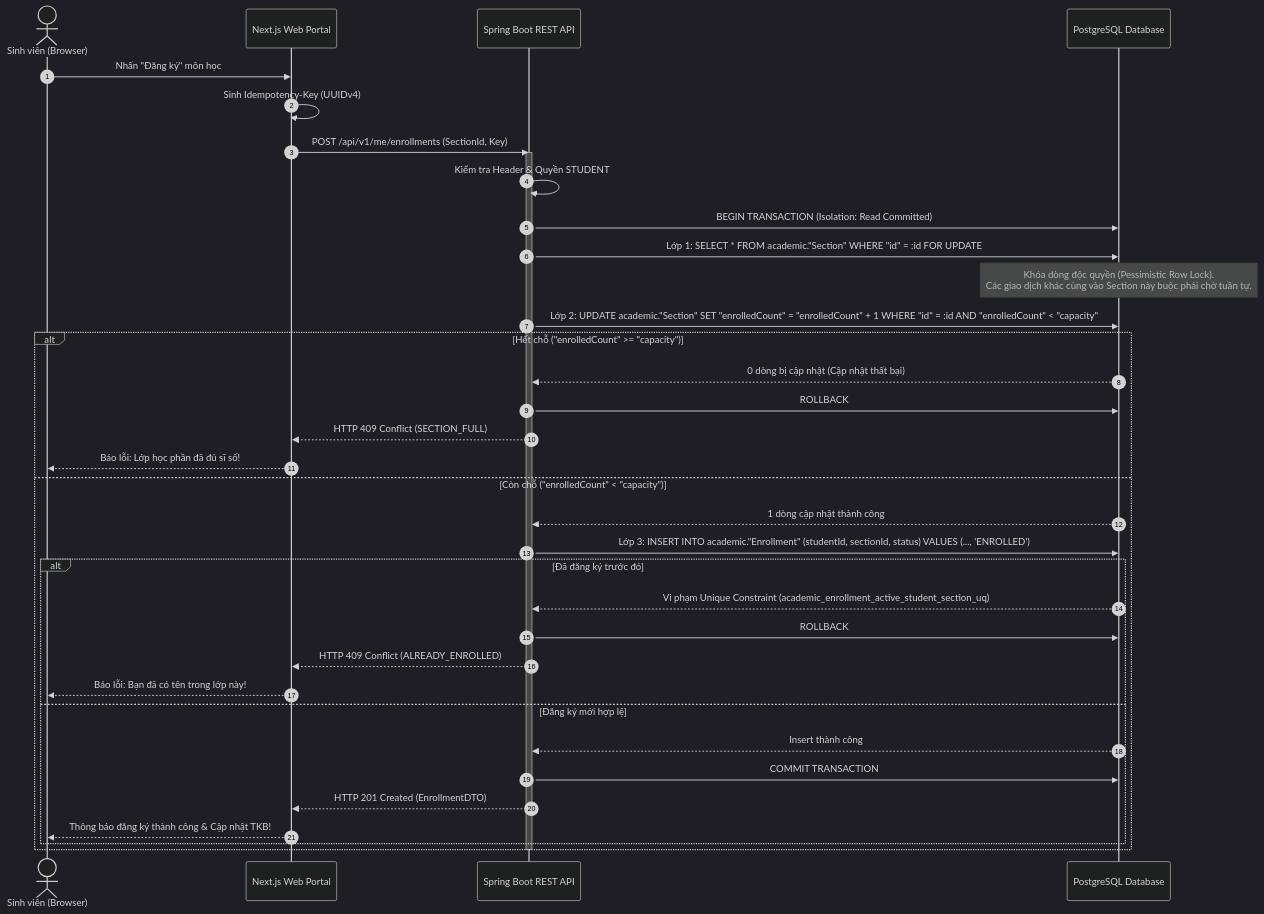
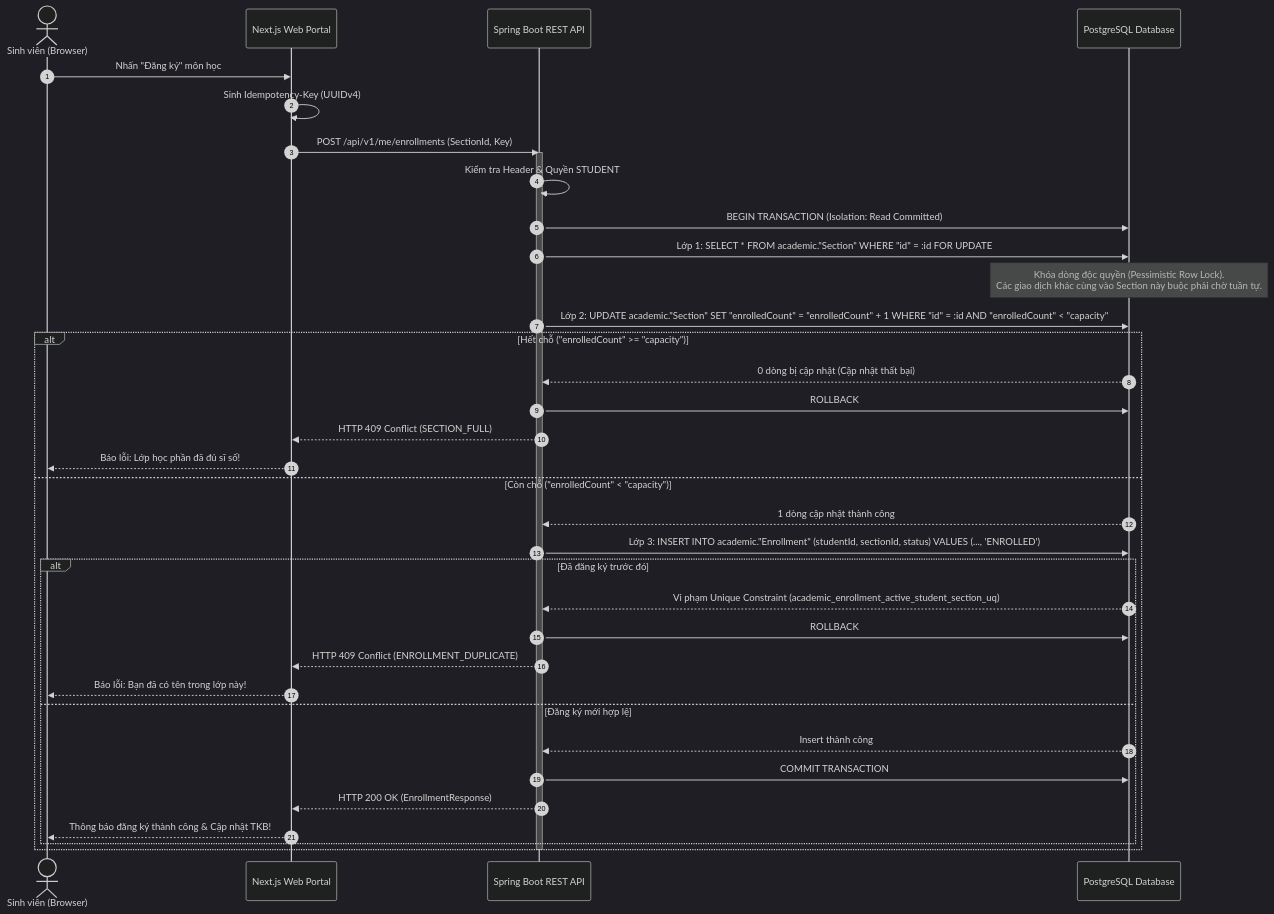
Before and after one commit to JasonTM17/CampusCore_Ecosystem: the third of 5 diagrams in docs/ARCHITECTURE.md, drawn with Mermaid (dark theme). The commit also changed other lines of this file and 6 other files, not shown here.

First line of the commit message:
docs: correct profiles, defaults, schema inventory, counts and gate registry against the code

````diff
--- a/docs/ARCHITECTURE.md
+++ b/docs/ARCHITECTURE.md
@@ -110,42 +110,42 @@
 ```mermaid
 sequenceDiagram
     autonumber
     actor Student as Sinh viên (Browser)
     participant Web as Next.js Web Portal
     participant API as Spring Boot REST API
     participant DB as PostgreSQL Database
 
     Student->>Web: Nhấn "Đăng ký" môn học
     Web->>Web: Sinh Idempotency-Key (UUIDv4)
     Web->>API: POST /api/v1/me/enrollments (SectionId, Key)
 
     activate API
     API->>API: Kiểm tra Header & Quyền STUDENT
     API->>DB: BEGIN TRANSACTION (Isolation: Read Committed)
 
     API->>DB: Lớp 1: SELECT * FROM academic."Section" WHERE "id" = :id FOR UPDATE
     Note over DB: Khóa dòng độc quyền (Pessimistic Row Lock).<br/>Các giao dịch khác cùng vào Section này buộc phải chờ tuần tự.
 
     API->>DB: Lớp 2: UPDATE academic."Section" SET "enrolledCount" = "enrolledCount" + 1 WHERE "id" = :id AND "enrolledCount" < "capacity"
     alt Hết chỗ ("enrolledCount" >= "capacity")
         DB-->>API: 0 dòng bị cập nhật (Cập nhật thất bại)
         API->>DB: ROLLBACK
         API-->>Web: HTTP 409 Conflict (SECTION_FULL)
         Web-->>Student: Báo lỗi: Lớp học phần đã đủ sĩ số!
     else Còn chỗ ("enrolledCount" < "capacity")
         DB-->>API: 1 dòng cập nhật thành công
         API->>DB: Lớp 3: INSERT INTO academic."Enrollment" (studentId, sectionId, status) VALUES (..., 'ENROLLED')
         alt Đã đăng ký trước đó
             DB-->>API: Vi phạm Unique Constraint (academic_enrollment_active_student_section_uq)
             API->>DB: ROLLBACK
-            API-->>Web: HTTP 409 Conflict (ALREADY_ENROLLED)
+            API-->>Web: HTTP 409 Conflict (ENROLLMENT_DUPLICATE)
             Web-->>Student: Báo lỗi: Bạn đã có tên trong lớp này!
         else Đăng ký mới hợp lệ
             DB-->>API: Insert thành công
             API->>DB: COMMIT TRANSACTION
-            API-->>Web: HTTP 201 Created (EnrollmentDTO)
+            API-->>Web: HTTP 200 OK (EnrollmentResponse)
             Web-->>Student: Thông báo đăng ký thành công & Cập nhật TKB!
         end
     end
     deactivate API
 ```
````
